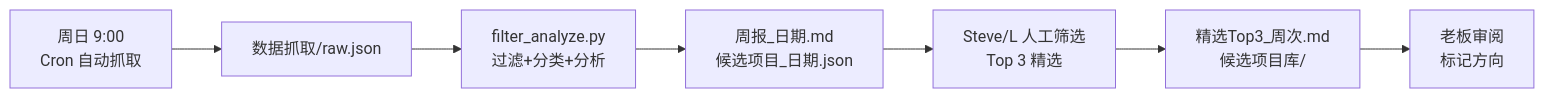
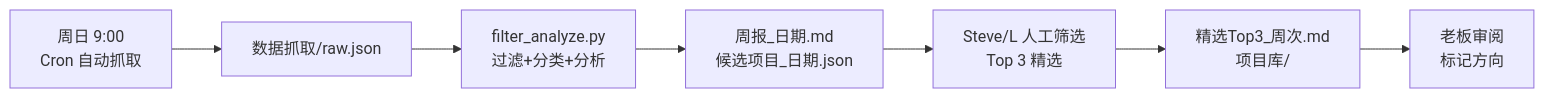
Before and after one commit to 0xzaynAI/AI-Comp: the diagram in 09_开源商机/README.md, drawn with Mermaid. The commit also changed other lines of this file and 9 other files, not shown here.

Commit message:
改造开源商机目录：候选项目库→项目库，增加function/scenario属性，周报双链项目库

````diff
--- a/09_开源商机/README.md
+++ b/09_开源商机/README.md
@@ -28,9 +28,9 @@
 ```mermaid
 graph LR
     A[周日 9:00<br>Cron 自动抓取] --> B[数据抓取/raw.json]
     B --> C[filter_analyze.py<br>过滤+分类+分析]
     C --> D[周报_日期.md<br>候选项目_日期.json]
     D --> E[Steve/L 人工筛选<br>Top 3 精选]
-    E --> F[精选Top3_周次.md<br>候选项目库/]
+    E --> F[精选Top3_周次.md<br>项目库/]
     F --> G[老板审阅<br>标记方向]
 ```
````
